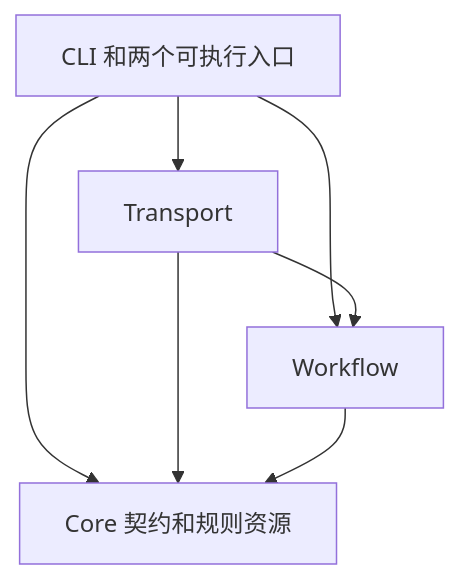
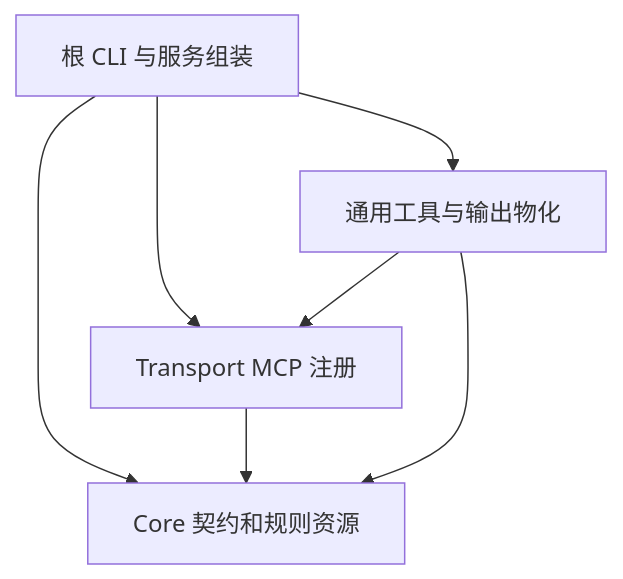
Before and after one commit to john-z-huang/token-io-decoupling-for-pi: the diagram in docs/skill/WORKFLOW_ARCHITECTURE.md, drawn with Mermaid. The commit also changed other lines of this file, not shown here.

First line of the commit message:
docs: 校正文档中的 MCP 架构与工具边界

````diff
--- a/docs/skill/WORKFLOW_ARCHITECTURE.md
+++ b/docs/skill/WORKFLOW_ARCHITECTURE.md
@@ -32,9 +32,9 @@
 ```mermaid
 flowchart TD
-    Root[CLI 和两个可执行入口] --> Transport[Transport]
-    Root --> Workflow[Workflow]
-    Root --> Core[Core 契约和规则资源]
-    Transport --> Workflow
+    Root[根 CLI 与服务组装] --> Core[Core 契约和规则资源]
+    Root --> Transport[Transport MCP 注册]
+    Root --> Tools[通用工具与输出物化]
     Transport --> Core
-    Workflow --> Core
+    Tools --> Transport
+    Tools --> Core
 ```
````
